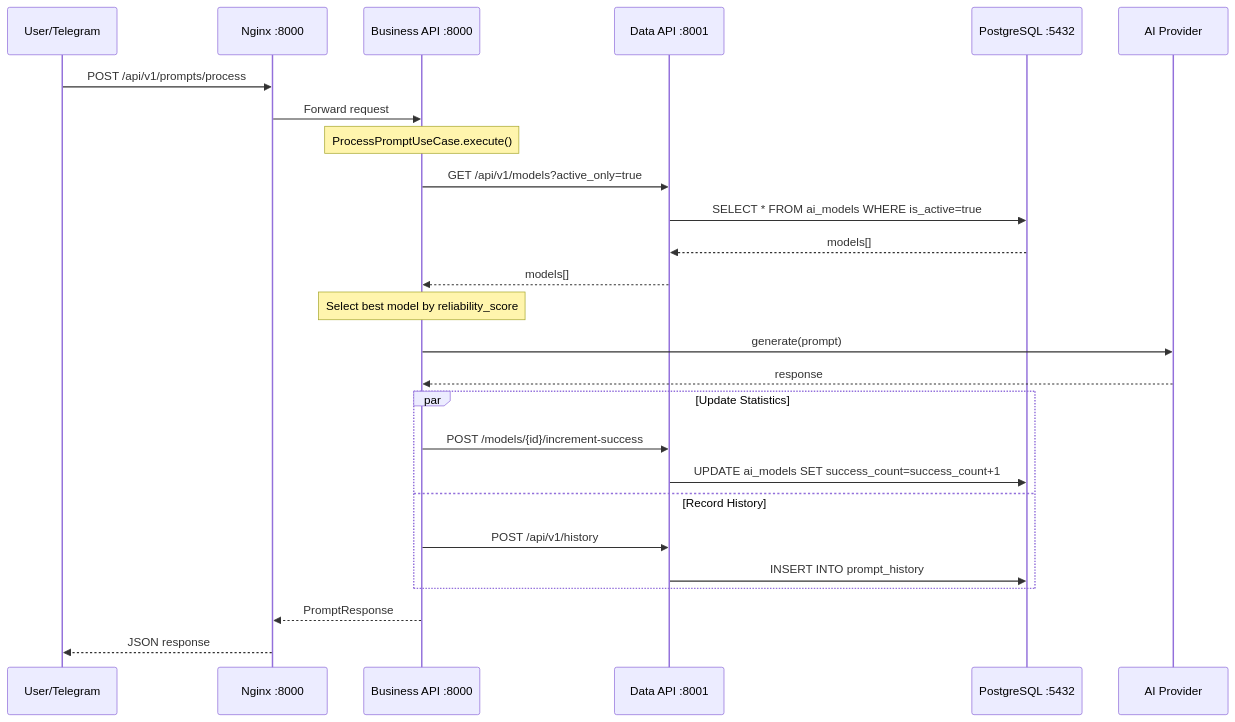
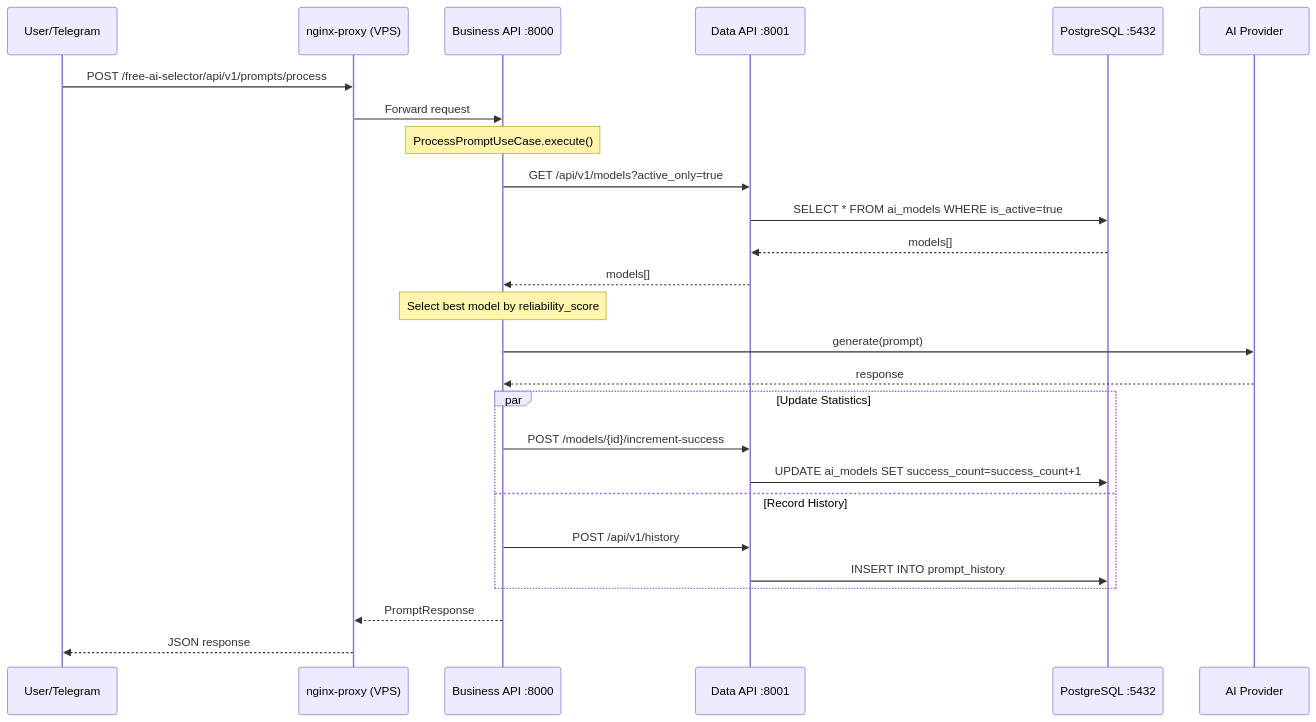
One commit to bgs2509/free-ai-selector changed the diagram in docs/ai-context/SERVICE_MAP.md. Above: the diagram before and after it, drawn with Mermaid. The commit also changed other lines of this file and 105 other files, not shown here.

First line of the commit message:
refactor: unify naming from aimanager_* to free-ai-selector-*

````diff
--- a/docs/ai-context/SERVICE_MAP.md
+++ b/docs/ai-context/SERVICE_MAP.md
@@ -66,35 +62,35 @@
 ```mermaid
 sequenceDiagram
     participant User as User/Telegram
-    participant Nginx as Nginx :8000
+    participant Proxy as nginx-proxy (VPS)
     participant Business as Business API :8000
     participant Data as Data API :8001
     participant DB as PostgreSQL :5432
     participant AI as AI Provider
 
-    User->>Nginx: POST /api/v1/prompts/process
-    Nginx->>Business: Forward request
+    User->>Proxy: POST /free-ai-selector/api/v1/prompts/process
+    Proxy->>Business: Forward request
 
     Note over Business: ProcessPromptUseCase.execute()
 
     Business->>Data: GET /api/v1/models?active_only=true
     Data->>DB: SELECT * FROM ai_models WHERE is_active=true
     DB-->>Data: models[]
     Data-->>Business: models[]
 
     Note over Business: Select best model by reliability_score
 
     Business->>AI: generate(prompt)
     AI-->>Business: response
 
     par Update Statistics
         Business->>Data: POST /models/{id}/increment-success
         Data->>DB: UPDATE ai_models SET success_count=success_count+1
     and Record History
         Business->>Data: POST /api/v1/history
         Data->>DB: INSERT INTO prompt_history
     end
 
-    Business-->>Nginx: PromptResponse
-    Nginx-->>User: JSON response
+    Business-->>Proxy: PromptResponse
+    Proxy-->>User: JSON response
 ```
````
